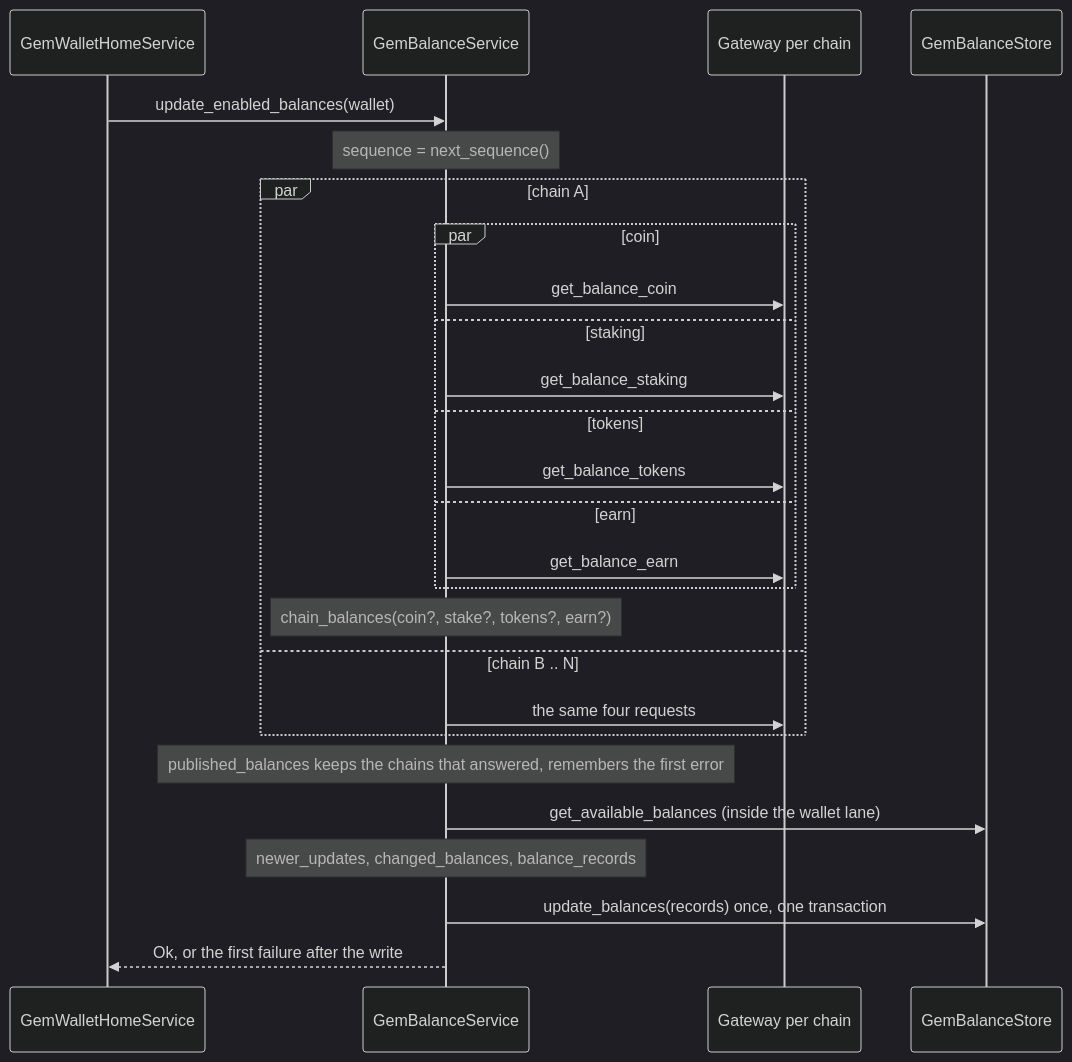
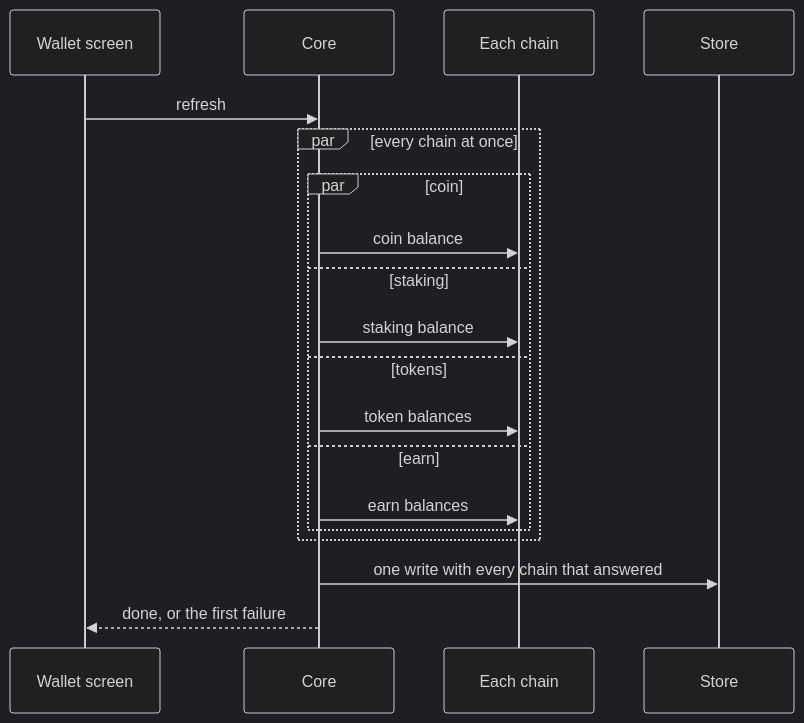
The fourth of 4 diagrams in docs/PRODUCT.md (Kushmanmb/wallet), drawn with Mermaid (dark theme) before and after one commit. The commit also changed other lines of this file, not shown here.

Commit message:
Shorten the product behavior diagrams

````diff
--- a/docs/PRODUCT.md
+++ b/docs/PRODUCT.md
@@ -277,28 +266,21 @@
 ```mermaid
 sequenceDiagram
-    participant Home as GemWalletHomeService
-    participant Bal as GemBalanceService
-    participant Chain as Gateway per chain
-    participant Store as GemBalanceStore
-    Home->>Bal: update_enabled_balances(wallet)
-    Note over Bal: sequence = next_sequence()
-    par chain A
+    participant Screen as Wallet screen
+    participant Core
+    participant Chain as Each chain
+    participant Store
+    Screen->>Core: refresh
+    par every chain at once
         par coin
-            Bal->>Chain: get_balance_coin
+            Core->>Chain: coin balance
         and staking
-            Bal->>Chain: get_balance_staking
+            Core->>Chain: staking balance
         and tokens
-            Bal->>Chain: get_balance_tokens
+            Core->>Chain: token balances
         and earn
-            Bal->>Chain: get_balance_earn
+            Core->>Chain: earn balances
         end
-        Note over Bal: chain_balances(coin?, stake?, tokens?, earn?)
-    and chain B .. N
-        Bal->>Chain: the same four requests
     end
-    Note over Bal: published_balances keeps the chains that answered, remembers the first error
-    Bal->>Store: get_available_balances (inside the wallet lane)
-    Note over Bal: newer_updates, changed_balances, balance_records
-    Bal->>Store: update_balances(records) once, one transaction
-    Bal-->>Home: Ok, or the first failure after the write
+    Core->>Store: one write with every chain that answered
+    Core-->>Screen: done, or the first failure
 ```
````
